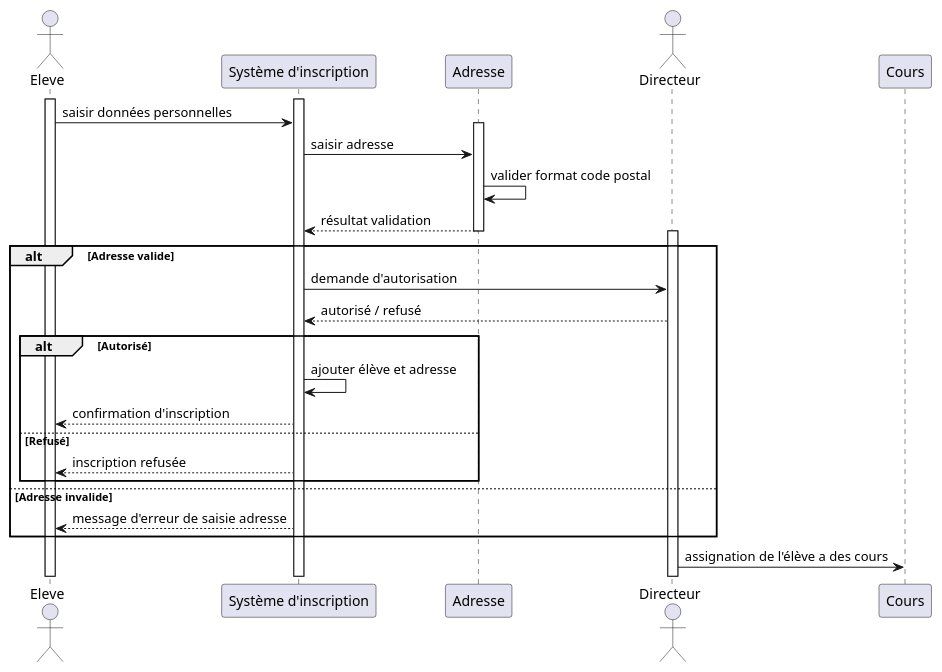
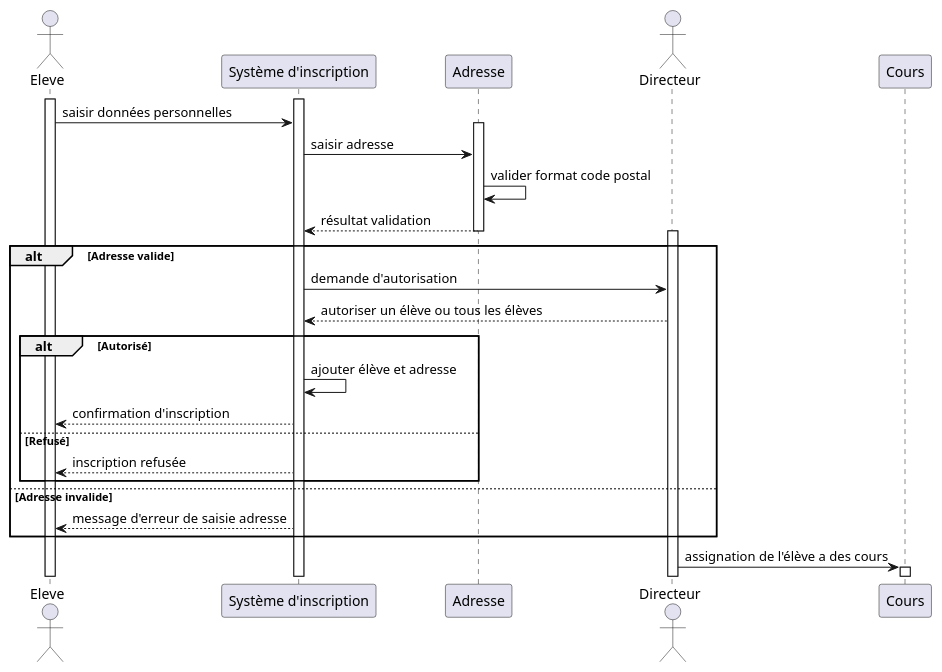
Before and after one commit to john7440/School--Group--Java: the diagram in doc/StudentManagement.puml, drawn with PlantUML.

```diff
--- a/doc/StudentManagement.puml
+++ b/doc/StudentManagement.puml
@@ -1,34 +1,34 @@
 @startuml
 actor Eleve
 participant "Système d'inscription" as SI
 participant "Adresse"
 actor "Directeur"
 participant "Cours"
 
 activate Eleve
 activate SI
 Eleve -> SI : saisir données personnelles
 activate Adresse
 SI -> Adresse : saisir adresse
 Adresse -> Adresse : valider format code postal
 Adresse --> SI : résultat validation
 Deactivate Adresse
 
 alt Adresse valide
 activate Directeur
     SI -> Directeur : demande d'autorisation
-    Directeur --> SI : autorisé / refusé
+    Directeur --> SI : autoriser un élève ou tous les élèves
     alt Autorisé
         SI -> SI : ajouter élève et adresse
         SI --> Eleve : confirmation d'inscription
     else Refusé
         SI --> Eleve : inscription refusée
     end
 else Adresse invalide
     SI --> Eleve : message d'erreur de saisie adresse
 end
 
 Directeur -> Cours : assignation de l'élève a des cours
-
+activate Cours
 
 @enduml
```
